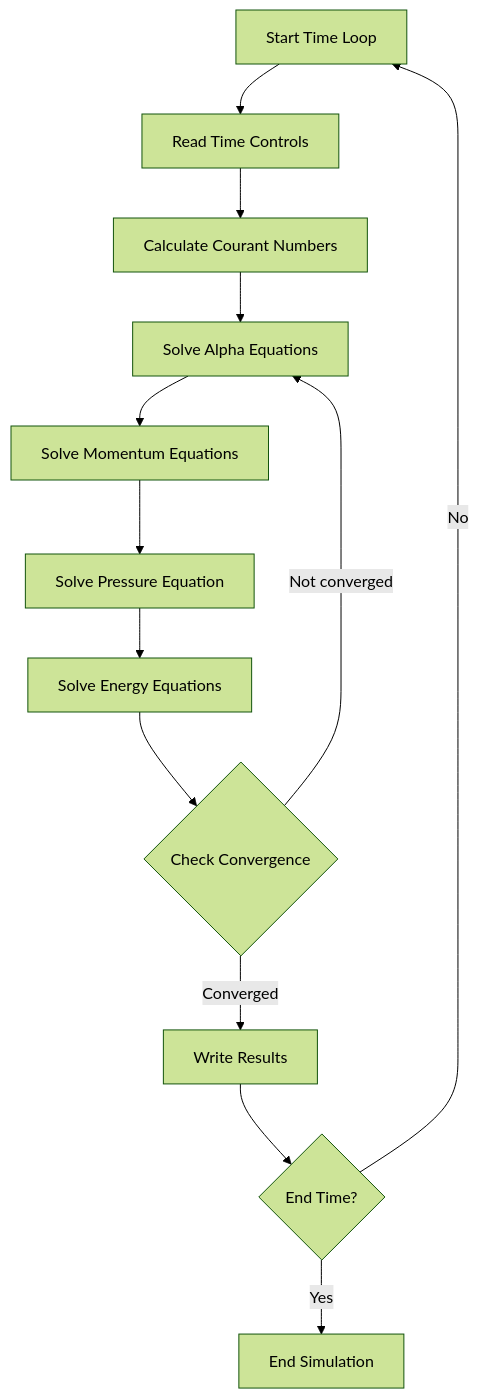
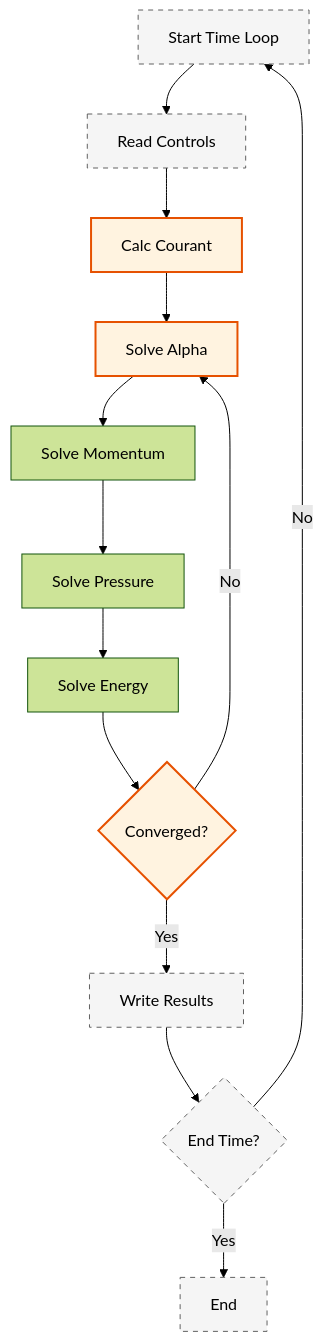
Before and after one commit to wramet/build-my-cfd: the second of 2 diagrams in MODULE_04_MULTIPHASE_FUNDAMENTALS/CONTENT/09_IMPLEMENTATION_ARCHITECTURE/02_Code_Architecture.md, drawn with Mermaid (forest theme). The commit also changed other lines of this file and 313 other files, not shown here.

Commit message:
Revise all diagram

````diff
--- a/MODULE_04_MULTIPHASE_FUNDAMENTALS/CONTENT/09_IMPLEMENTATION_ARCHITECTURE/02_Code_Architecture.md
+++ b/MODULE_04_MULTIPHASE_FUNDAMENTALS/CONTENT/09_IMPLEMENTATION_ARCHITECTURE/02_Code_Architecture.md
@@ -858,15 +861,18 @@
 ```mermaid
 flowchart TD
-    A[Start Time Loop] --> B[Read Time Controls]
-    B --> C[Calculate Courant Numbers]
-    C --> D[Solve Alpha Equations]
-    D --> E[Solve Momentum Equations]
-    E --> F[Solve Pressure Equation]
-    F --> G[Solve Energy Equations]
-    G --> H{Check Convergence}
-    H -->|Not converged| D
-    H -->|Converged| I[Write Results]
-    I --> J{End Time?}
-    J -->|No| A
-    J -->|Yes| K[End Simulation]
+classDef implicit fill:#e1f5fe,stroke:#01579b,stroke-width:2px,color:#000
+classDef explicit fill:#fff3e0,stroke:#e65100,stroke-width:2px,color:#000
+classDef context fill:#f5f5f5,stroke:#616161,stroke-width:1px,color:#000,stroke-dasharray: 5 5
+A[Start Time Loop]:::context --> B[Read Controls]:::context
+B --> C[Calc Courant]:::explicit
+C --> D[Solve Alpha]:::explicit
+D --> E[Solve Momentum]
+E --> F[Solve Pressure]
+F --> G[Solve Energy]
+G --> H{Converged?}:::explicit
+H -->|No| D
+H -->|Yes| I[Write Results]:::context
+I --> J{End Time?}:::context
+J -->|No| A
+J -->|Yes| K[End]:::context
 ```
````
